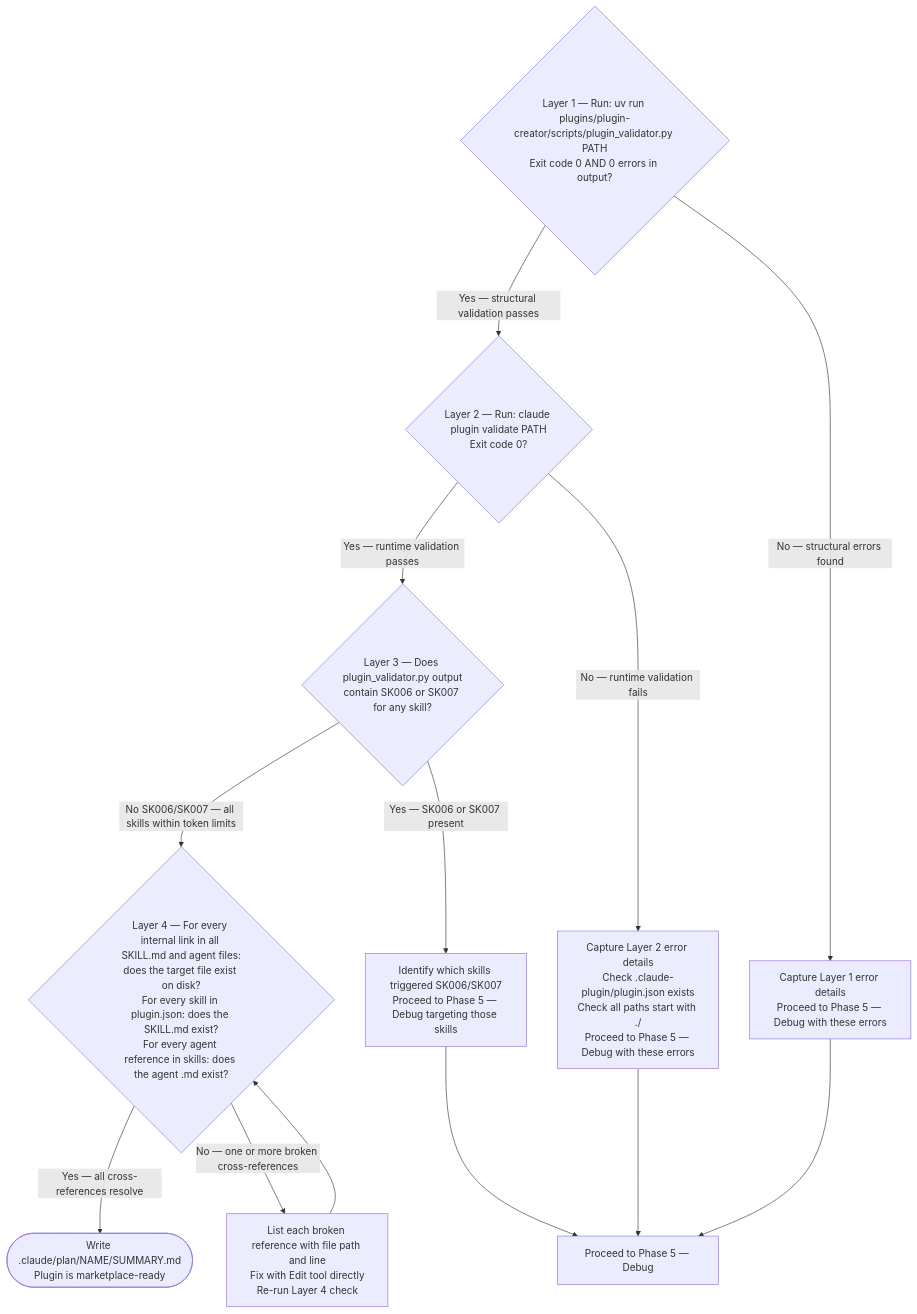
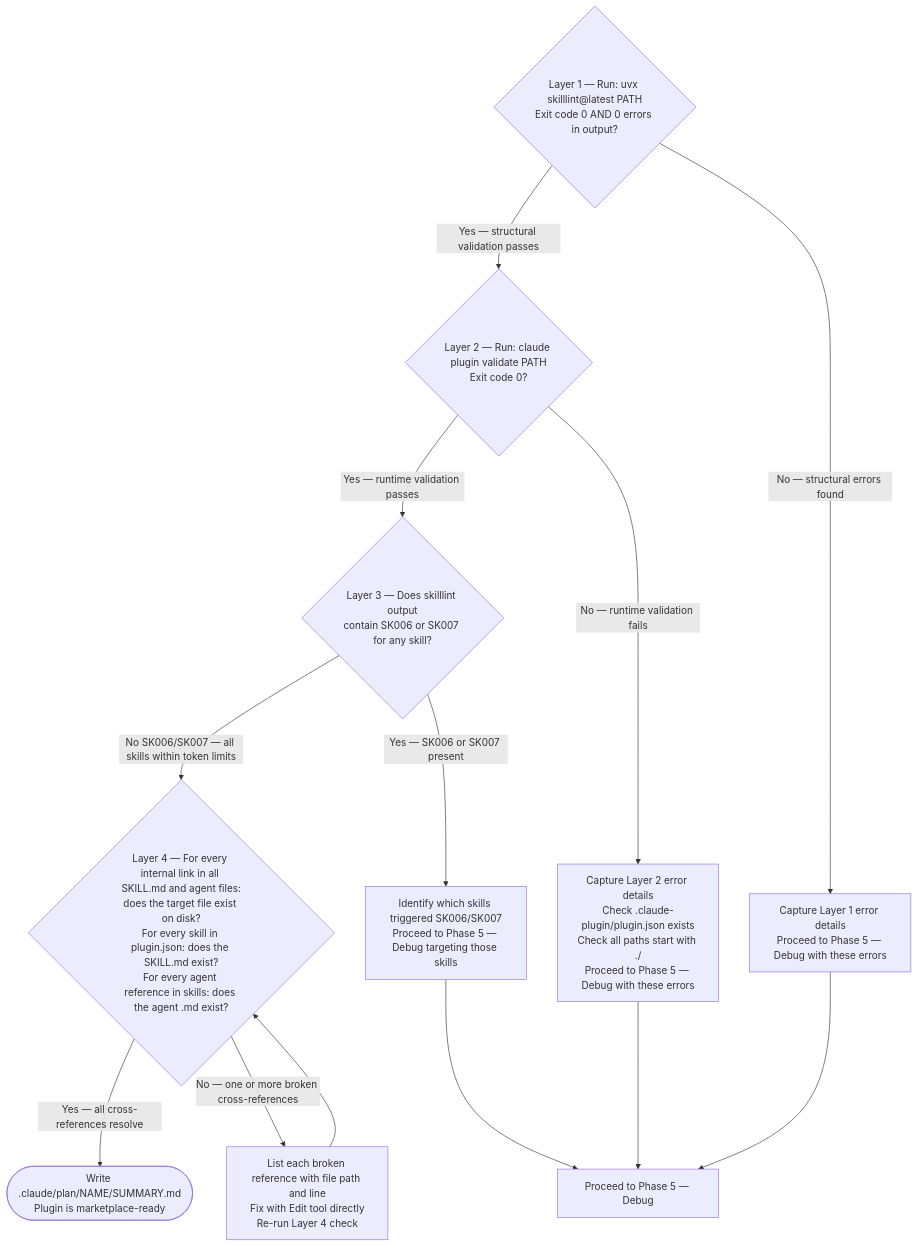
Before and after one commit to chgreer1070/claude_skills: diagram 12 of 12 in plugins/plugin-creator/skills/plugin-lifecycle/SKILL.md, drawn with Mermaid. The commit also changed other lines of this file and 48 other files, not shown here.

First line of the commit message:
refactor(migration): replace plugin_validator.py with uvx skilllint@latest

````diff
--- a/plugins/plugin-creator/skills/plugin-lifecycle/SKILL.md
+++ b/plugins/plugin-creator/skills/plugin-lifecycle/SKILL.md
@@ -553,25 +553,25 @@
 ```mermaid
 flowchart TD
     %% Layer 1: structural validator
-    VL1{"Layer 1 — Run: uv run plugins/plugin-creator/scripts/plugin_validator.py PATH<br>Exit code 0 AND 0 errors in output?"}
+    VL1{"Layer 1 — Run: uvx skilllint@latest PATH<br>Exit code 0 AND 0 errors in output?"}
     VL1 -->|"Yes — structural validation passes"| VL2{"Layer 2 — Run: claude plugin validate PATH<br>Exit code 0?"}
     VL1 -->|"No — structural errors found"| Fail1["Capture Layer 1 error details<br>Proceed to Phase 5 — Debug with these errors"]
 
     %% Layer 2: runtime validator
-    VL2 -->|"Yes — runtime validation passes"| VL3{"Layer 3 — Does plugin_validator.py output<br>contain SK006 or SK007 for any skill?"}
+    VL2 -->|"Yes — runtime validation passes"| VL3{"Layer 3 — Does skilllint output<br>contain SK006 or SK007 for any skill?"}
     VL2 -->|"No — runtime validation fails"| Fail2["Capture Layer 2 error details<br>Check .claude-plugin/plugin.json exists<br>Check all paths start with ./<br>Proceed to Phase 5 — Debug with these errors"]
 
     %% Layer 3: token complexity
     VL3 -->|"No SK006/SK007 — all skills within token limits"| VL4{"Layer 4 — For every internal link in all SKILL.md and agent files:<br>does the target file exist on disk?<br>For every skill in plugin.json: does the SKILL.md exist?<br>For every agent reference in skills: does the agent .md exist?"}
     VL3 -->|"Yes — SK006 or SK007 present"| Fail3["Identify which skills triggered SK006/SK007<br>Proceed to Phase 5 — Debug targeting those skills"]
 
     %% Layer 4: cross-reference integrity — attempt inline fix before returning to Debug
     VL4 -->|"Yes — all cross-references resolve"| Done(["Write .claude/plan/NAME/SUMMARY.md<br>Plugin is marketplace-ready"])
     VL4 -->|"No — one or more broken cross-references"| Fail4["List each broken reference with file path and line<br>Fix with Edit tool directly<br>Re-run Layer 4 check"]
     Fail4 --> VL4
 
     %% Layers 1-3 failures route to Phase 5
     Fail1 --> DebugReturn["Proceed to Phase 5 — Debug"]
     Fail2 --> DebugReturn
     Fail3 --> DebugReturn
 ```
````
